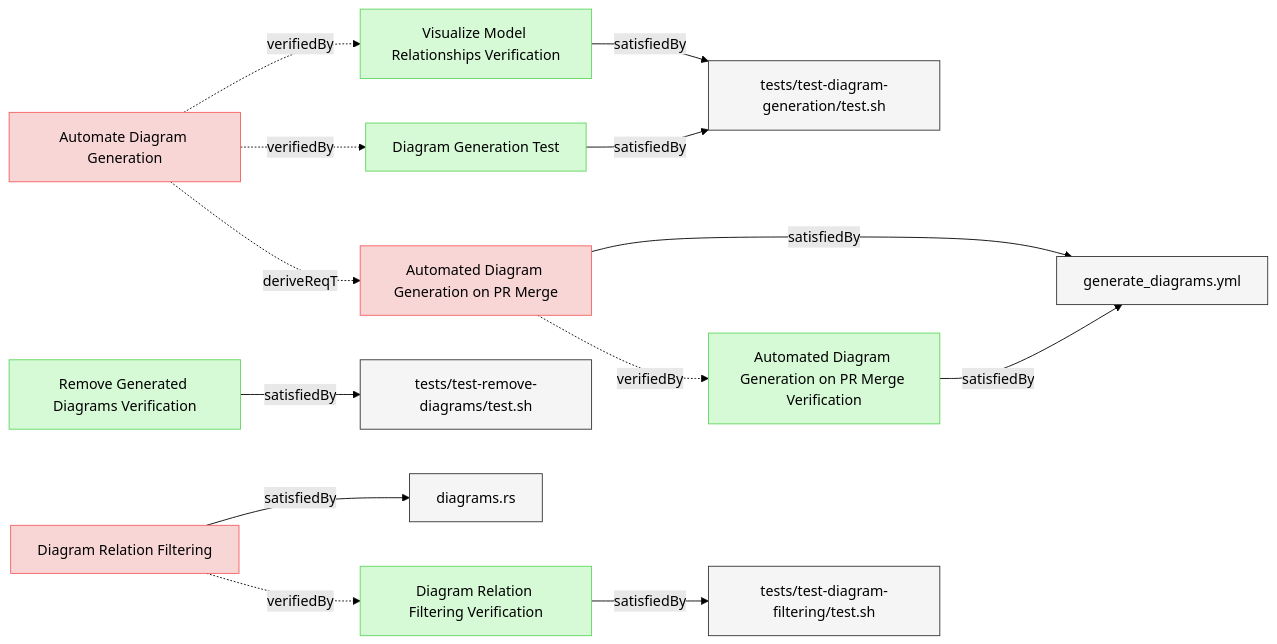
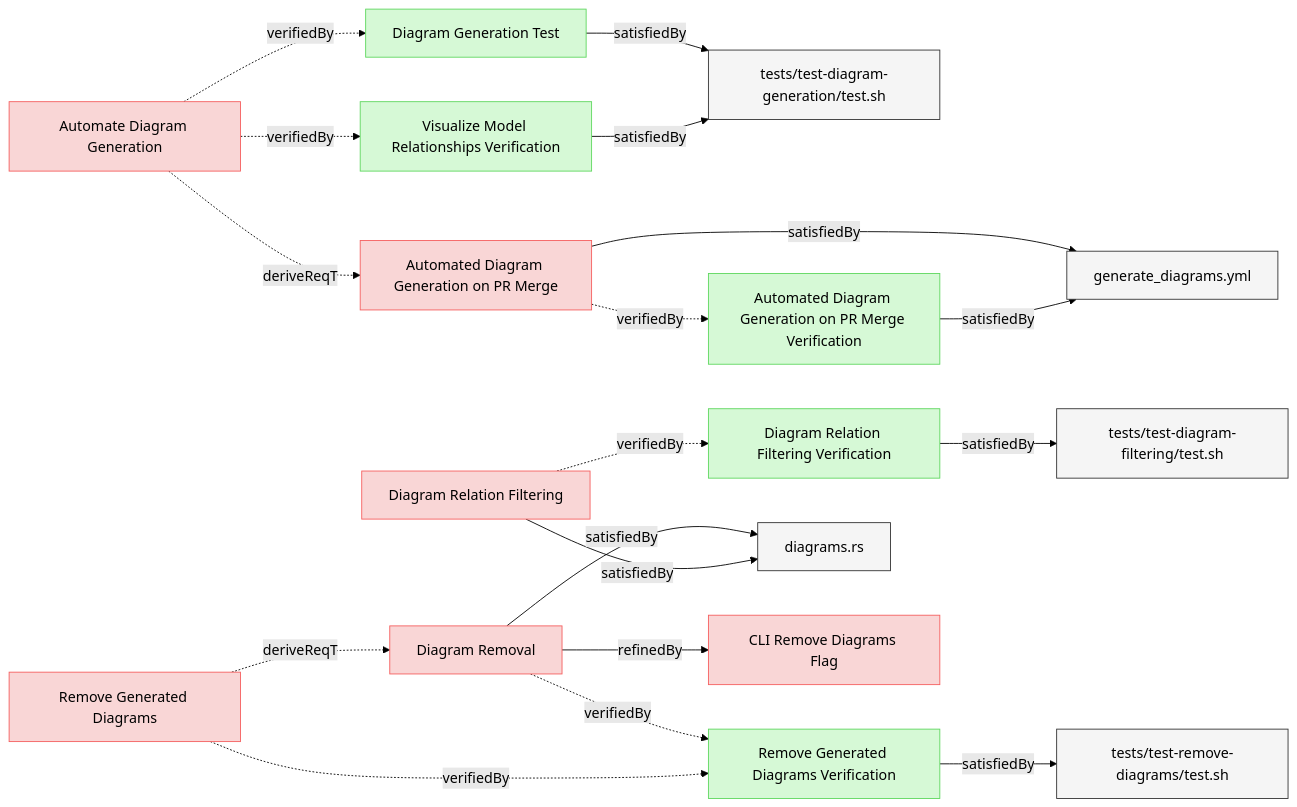
Before and after one commit to reqvire-org/reqvire: the diagram in specifications/Verifications/DiagramsTests.md, drawn with Mermaid (forest theme). The commit also changed other lines of this file and 23 other files, not shown here.

````diff
--- a/specifications/Verifications/DiagramsTests.md
+++ b/specifications/Verifications/DiagramsTests.md
@@ -18,6 +18,13 @@
   class 3df49fd1a91c3db7 default;
   click 3df49fd1a91c3db7 "../../tests/test-diagram-generation/test.sh";
   de8ab093f22a5cd7 -->|satisfiedBy| 3df49fd1a91c3db7;
+  ba2fd3fb7c42cdb3["Diagram Relation Filtering Verification"];
+  class ba2fd3fb7c42cdb3 verification;
+  click ba2fd3fb7c42cdb3 "DiagramsTests.md#diagram-relation-filtering-verification";
+  f6a73030d877fc0f["tests/test-diagram-filtering/test.sh"];
+  class f6a73030d877fc0f default;
+  click f6a73030d877fc0f "../../tests/test-diagram-filtering/test.sh";
+  ba2fd3fb7c42cdb3 -->|satisfiedBy| f6a73030d877fc0f;
   2d2cf67bb8070da8["Diagram Generation Test"];
   class 2d2cf67bb8070da8 verification;
   click 2d2cf67bb8070da8 "DiagramsTests.md#diagram-generation-test";
@@ -25,20 +32,13 @@
   class 3df49fd1a91c3db7 default;
   click 3df49fd1a91c3db7 "../../tests/test-diagram-generation/test.sh";
   2d2cf67bb8070da8 -->|satisfiedBy| 3df49fd1a91c3db7;
-  ba2fd3fb7c42cdb3["Diagram Relation Filtering Verification"];
-  class ba2fd3fb7c42cdb3 verification;
-  click ba2fd3fb7c42cdb3 "DiagramsTests.md#diagram-relation-filtering-verification";
-  f6a73030d877fc0f["tests/test-diagram-filtering/test.sh"];
-  class f6a73030d877fc0f default;
-  click f6a73030d877fc0f "../../tests/test-diagram-filtering/test.sh";
-  ba2fd3fb7c42cdb3 -->|satisfiedBy| f6a73030d877fc0f;
-  d4e5f6a7b8c9d0e1["Remove Generated Diagrams Verification"];
-  class d4e5f6a7b8c9d0e1 verification;
-  click d4e5f6a7b8c9d0e1 "DiagramsTests.md#remove-generated-diagrams-verification";
-  a1b2c3d4e5f6g7h8["tests/test-remove-diagrams/test.sh"];
-  class a1b2c3d4e5f6g7h8 default;
-  click a1b2c3d4e5f6g7h8 "../../tests/test-remove-diagrams/test.sh";
-  d4e5f6a7b8c9d0e1 -->|satisfiedBy| a1b2c3d4e5f6g7h8;
+  6a6973ecb2f20ee3["Remove Generated Diagrams Verification"];
+  class 6a6973ecb2f20ee3 verification;
+  click 6a6973ecb2f20ee3 "DiagramsTests.md#remove-generated-diagrams-verification";
+  af81a7b6d75c2363["tests/test-remove-diagrams/test.sh"];
+  class af81a7b6d75c2363 default;
+  click af81a7b6d75c2363 "../../tests/test-remove-diagrams/test.sh";
+  6a6973ecb2f20ee3 -->|satisfiedBy| af81a7b6d75c2363;
   f8849dfe948d04fa["Automated Diagram Generation on PR Merge Verification"];
   class f8849dfe948d04fa verification;
   click f8849dfe948d04fa "DiagramsTests.md#automated-diagram-generation-on-pr-merge-verification";
@@ -46,6 +46,14 @@
   class 98af8a1cf9c86822 default;
   click 98af8a1cf9c86822 "../../.github/workflows/generate_diagrams.yml";
   f8849dfe948d04fa -->|satisfiedBy| 98af8a1cf9c86822;
+  8b2dd3bb2c44db94["Remove Generated Diagrams"];
+  class 8b2dd3bb2c44db94 requirement;
+  click 8b2dd3bb2c44db94 "../UserRequirements.md#remove-generated-diagrams";
+  8b2dd3bb2c44db94 -.->|verifiedBy| 6a6973ecb2f20ee3;
+  4ec753faad5a75f7["Diagram Removal"];
+  class 4ec753faad5a75f7 requirement;
+  click 4ec753faad5a75f7 "../SystemRequirements/Requirements.md#diagram-removal";
+  8b2dd3bb2c44db94 -.->|deriveReqT| 4ec753faad5a75f7;
   7f86e99e7804366a["Diagram Relation Filtering"];
   class 7f86e99e7804366a requirement;
   click 7f86e99e7804366a "../SystemRequirements/Requirements.md#diagram-relation-filtering";
@@ -54,18 +62,27 @@
   click dad7eeb932afdb92 "../../core/src/diagrams.rs";
   7f86e99e7804366a -->|satisfiedBy| dad7eeb932afdb92;
   7f86e99e7804366a -.->|verifiedBy| ba2fd3fb7c42cdb3;
+  dad7eeb932afdb92["diagrams.rs"];
+  class dad7eeb932afdb92 default;
+  click dad7eeb932afdb92 "../../core/src/diagrams.rs";
+  4ec753faad5a75f7 -->|satisfiedBy| dad7eeb932afdb92;
+  4ec753faad5a75f7 -.->|verifiedBy| 6a6973ecb2f20ee3;
+  749eaee85cfd0a43["CLI Remove Diagrams Flag"];
+  class 749eaee85cfd0a43 requirement;
+  click 749eaee85cfd0a43 "../SystemRequirements/Requirements.md#cli-remove-diagrams-flag";
+  4ec753faad5a75f7 -->|refinedBy| 749eaee85cfd0a43;
+  3e3df7ad427a88fa["Automated Diagram Generation on PR Merge"];
+  class 3e3df7ad427a88fa requirement;
+  click 3e3df7ad427a88fa "../SystemRequirements/Requirements.md#automated-diagram-generation-on-pr-merge";
+  98af8a1cf9c86822["generate_diagrams.yml"];
+  class 98af8a1cf9c86822 default;
+  click 98af8a1cf9c86822 "../../.github/workflows/generate_diagrams.yml";
+  3e3df7ad427a88fa -->|satisfiedBy| 98af8a1cf9c86822;
+  3e3df7ad427a88fa -.->|verifiedBy| f8849dfe948d04fa;
   98a581084d5542fa["Automate Diagram Generation"];
   class 98a581084d5542fa requirement;
   click 98a581084d5542fa "../UserRequirements.md#automate-diagram-generation";
   98a581084d5542fa -.->|verifiedBy| de8ab093f22a5cd7;
   98a581084d5542fa -.->|verifiedBy| 2d2cf67bb8070da8;
-  3e3df7ad427a88fa["Automated Diagram Generation on PR Merge"];
-  class 3e3df7ad427a88fa requirement;
-  click 3e3df7ad427a88fa "../SystemRequirements/Requirements.md#automated-diagram-generation-on-pr-merge";
   98a581084d5542fa -.->|deriveReqT| 3e3df7ad427a88fa;
-  98af8a1cf9c86822["generate_diagrams.yml"];
-  class 98af8a1cf9c86822 default;
-  click 98af8a1cf9c86822 "../../.github/workflows/generate_diagrams.yml";
-  3e3df7ad427a88fa -->|satisfiedBy| 98af8a1cf9c86822;
-  3e3df7ad427a88fa -.->|verifiedBy| f8849dfe948d04fa;
 ```
````
